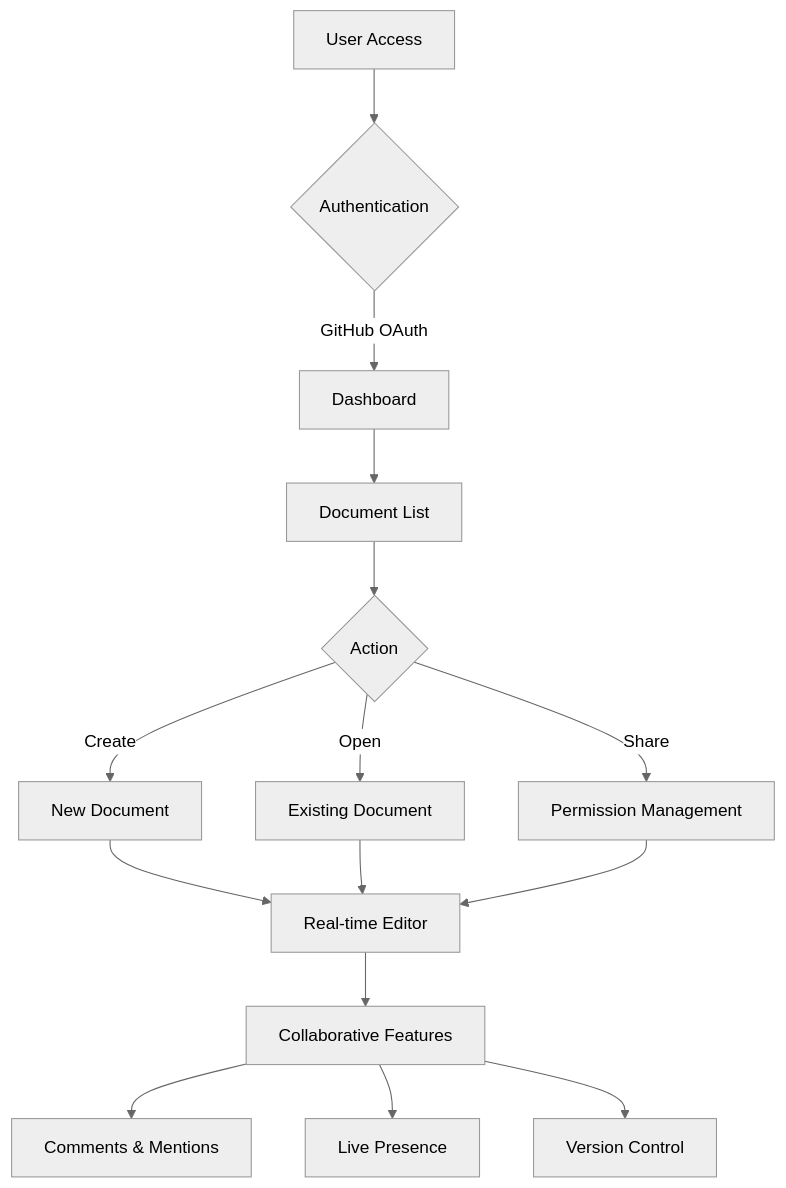
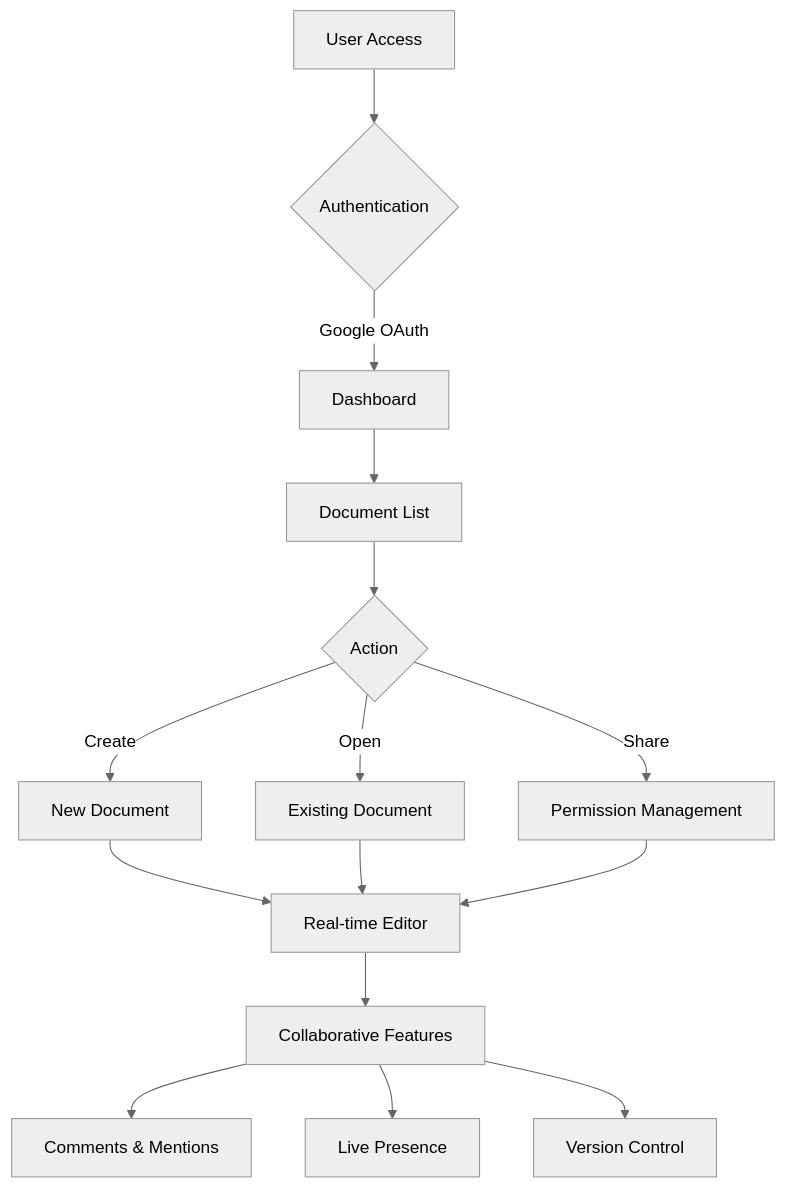
One commit to suhag-alamin/live-docx changed the first of 2 diagrams in README.md. Above: the diagram before and after it, drawn with Mermaid (neutral theme). The commit also changed other lines of this file, not shown here.

````diff
--- a/README.md
+++ b/README.md
@@ -81,17 +81,17 @@
 ```mermaid
 graph TD
     A[User Access] --> B{Authentication}
-    B -->|GitHub OAuth| C[Dashboard]
+    B -->|Google OAuth| C[Dashboard]
     C --> D[Document List]
     D --> E{Action}
     E -->|Create| F[New Document]
     E -->|Open| G[Existing Document]
     E -->|Share| H[Permission Management]
     F --> I[Real-time Editor]
     G --> I
     H --> I
     I --> J[Collaborative Features]
     J --> K[Comments & Mentions]
     J --> L[Live Presence]
     J --> M[Version Control]
 ```
````
